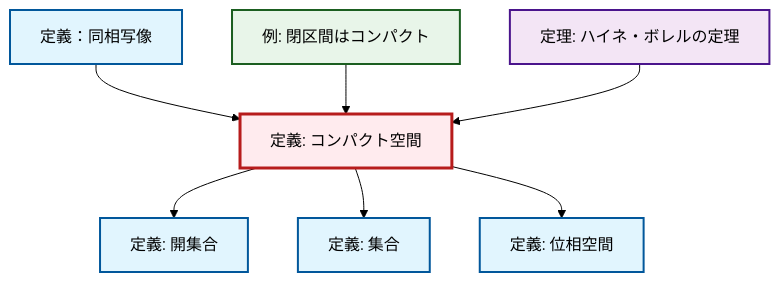
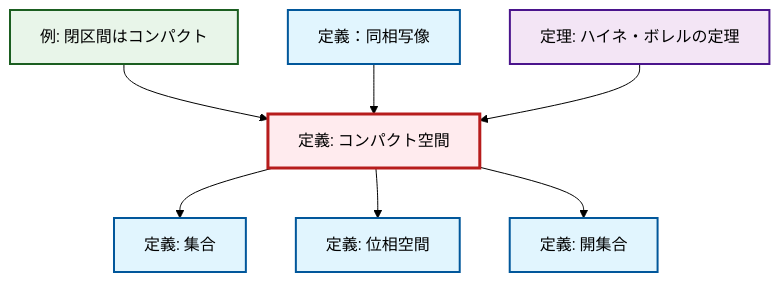
Before and after one commit to RK0429/ModernMath: the diagram in content/ja/topology/def-compact.qmd, drawn with Mermaid (forest theme). The commit also changed other lines of this file and 1012 other files, not shown here.

````diff
--- a/content/ja/topology/def-compact.qmd
+++ b/content/ja/topology/def-compact.qmd
@@ -49,29 +49,29 @@
 ```{mermaid}
 %%| fig-cap: "Local dependency graph"
 graph TD
     classDef definition fill:#e1f5fe,stroke:#01579b,stroke-width:2px
     classDef theorem fill:#f3e5f5,stroke:#4a148c,stroke-width:2px
     classDef axiom fill:#fff3e0,stroke:#e65100,stroke-width:2px
     classDef example fill:#e8f5e9,stroke:#1b5e20,stroke-width:2px
     classDef current fill:#ffebee,stroke:#b71c1c,stroke-width:3px
+    def-open-set["定義: 開集合"]:::definition
     def-set["定義: 集合"]:::definition
     def-homeomorphism["定義：同相写像"]:::definition
+    def-compact["定義: コンパクト空間"]:::definition
+    def-topological-space["定義: 位相空間"]:::definition
+    thm-heine-borel["定理: ハイネ・ボレルの定理"]:::theorem
     ex-closed-interval-compact["例: 閉区間はコンパクト"]:::example
-    def-topological-space["定義: 位相空間"]:::definition
-    def-open-set["定義: 開集合"]:::definition
-    thm-heine-borel["定理: ハイネ・ボレルの定理"]:::theorem
-    def-compact["定義: コンパクト空間"]:::definition
-    def-compact --> def-open-set
-    def-homeomorphism --> def-compact
     def-compact --> def-set
     ex-closed-interval-compact --> def-compact
+    def-homeomorphism --> def-compact
+    thm-heine-borel --> def-compact
     def-compact --> def-topological-space
-    thm-heine-borel --> def-compact
+    def-compact --> def-open-set
     class def-compact current
+    click def-open-set "def-open-set.html" "開集合の定義へ"
     click def-set "def-set.html" "集合の定義へ"
     click def-homeomorphism "def-homeomorphism.html" "定義：同相写像へ"
+    click def-topological-space "def-topological-space.html" "位相空間の定義へ"
+    click thm-heine-borel "thm-heine-borel.html" "ハイネ・ボレルの定理の定理へ"
     click ex-closed-interval-compact "ex-closed-interval-compact.html" "閉区間はコンパクトの例へ"
-    click def-topological-space "def-topological-space.html" "位相空間の定義へ"
-    click def-open-set "def-open-set.html" "開集合の定義へ"
-    click thm-heine-borel "thm-heine-borel.html" "ハイネ・ボレルの定理の定理へ"
 ```
````
